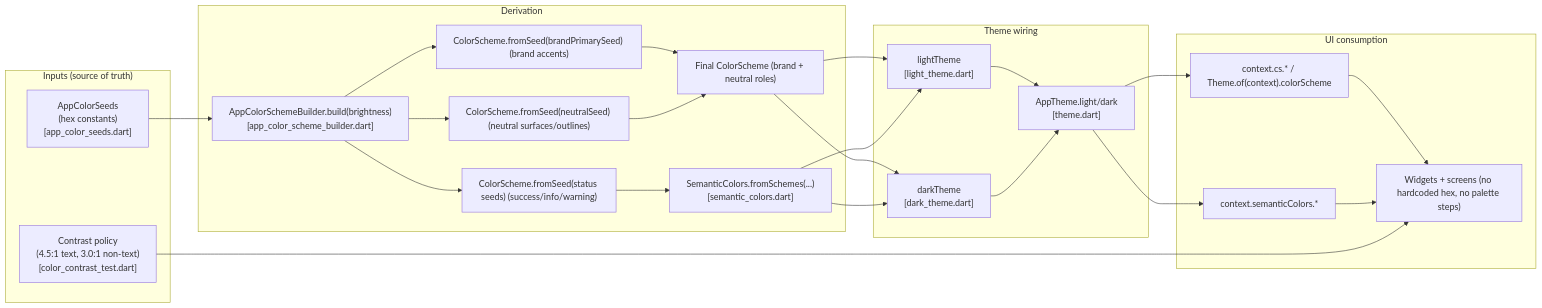
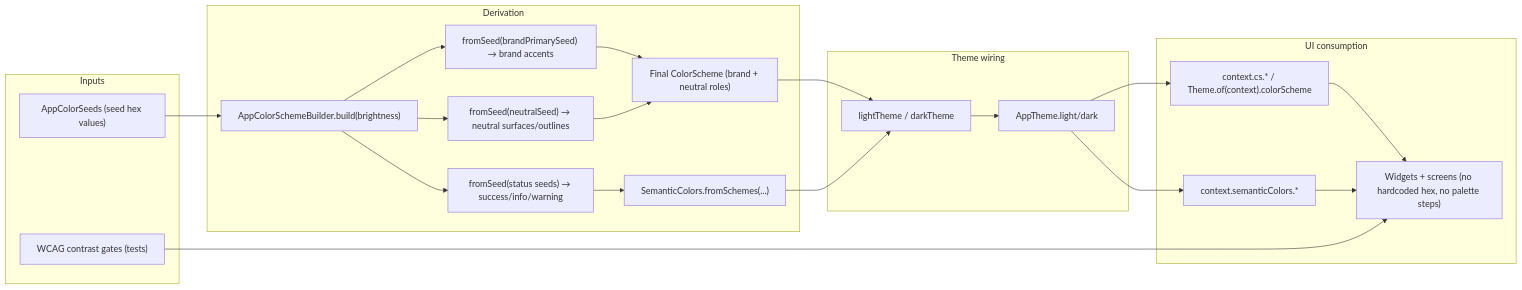
The diagram in docs/explainers/core/theme/color_system_under_the_hood.md (fikrilal/mobile-core-kit), drawn with Mermaid before and after one commit. The commit also changed 16 other files, not shown here.

Commit message:
feat(theme): enhance color system with high-contrast support and modal entrypoint verification

````diff
--- a/docs/explainers/core/theme/color_system_under_the_hood.md
+++ b/docs/explainers/core/theme/color_system_under_the_hood.md
@@ -24,50 +24,37 @@
 ```mermaid
-%%{init: {"flowchart": {"htmlLabels": false}} }%%
 flowchart LR
-  subgraph Inputs["Inputs (source of truth)"]
-    Seeds["`AppColorSeeds
- (hex constants)
- [app_color_seeds.dart]`"]
-    Policy["`Contrast policy
- (4.5:1 text, 3.0:1 non-text)
- [color_contrast_test.dart]`"]
+  subgraph Inputs["Inputs"]
+    Seeds["AppColorSeeds (seed hex values)"]
+    Policy["WCAG contrast gates (tests)"]
   end
 
   subgraph Builder["Derivation"]
-    Build["`AppColorSchemeBuilder.build(brightness)
- [app_color_scheme_builder.dart]`"]
-    Brand["ColorScheme.fromSeed(brandPrimarySeed) (brand accents)"]
-    Neutral["ColorScheme.fromSeed(neutralSeed) (neutral surfaces/outlines)"]
-    Status["ColorScheme.fromSeed(status seeds) (success/info/warning)"]
-    Semantic["`SemanticColors.fromSchemes(...)
- [semantic_colors.dart]`"]
+    Build["AppColorSchemeBuilder.build(brightness)"]
+    Brand["fromSeed(brandPrimarySeed) → brand accents"]
+    Neutral["fromSeed(neutralSeed) → neutral surfaces/outlines"]
+    Status["fromSeed(status seeds) → success/info/warning"]
+    Semantic["SemanticColors.fromSchemes(...)"]
     Scheme["Final ColorScheme (brand + neutral roles)"]
   end
 
   subgraph Theme["Theme wiring"]
-    Light["`lightTheme
- [light_theme.dart]`"]
-    Dark["`darkTheme
- [dark_theme.dart]`"]
-    AppTheme["`AppTheme.light/dark
- [theme.dart]`"]
+    Light["lightTheme / darkTheme"]
+    AppTheme["AppTheme.light/dark"]
   end
 
   subgraph Consumption["UI consumption"]
     CS["context.cs.* / Theme.of(context).colorScheme"]
     Sem["context.semanticColors.*"]
     Widgets["Widgets + screens (no hardcoded hex, no palette steps)"]
   end
 
   Seeds --> Build
   Build --> Brand --> Scheme
   Build --> Neutral --> Scheme
   Build --> Status --> Semantic
   Scheme --> Light --> AppTheme
-  Scheme --> Dark --> AppTheme
   Semantic --> Light
-  Semantic --> Dark
   AppTheme --> CS --> Widgets
   AppTheme --> Sem --> Widgets
   Policy --> Widgets
 ```
````
